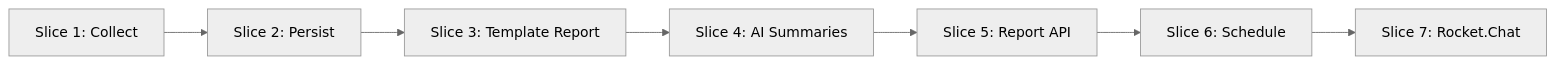
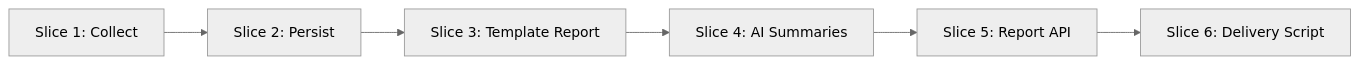
The diagram in docs/product/mvp/product-slices.md (sinuxnet/cogence), drawn with Mermaid (neutral theme) before and after one commit. The commit also changed other lines of this file, not shown here.

First line of the commit message:
docs(product): align product slices with external delivery

````diff
--- a/docs/product/mvp/product-slices.md
+++ b/docs/product/mvp/product-slices.md
@@ -180,9 +181,8 @@
 ```mermaid
 flowchart LR
     S1[Slice 1: Collect] --> S2[Slice 2: Persist]
     S2 --> S3[Slice 3: Template Report]
     S3 --> S4[Slice 4: AI Summaries]
     S4 --> S5[Slice 5: Report API]
-    S5 --> S6[Slice 6: Schedule]
-    S6 --> S7[Slice 7: Rocket.Chat]
+    S5 --> S6[Slice 6: Delivery Script]
 ```
````
